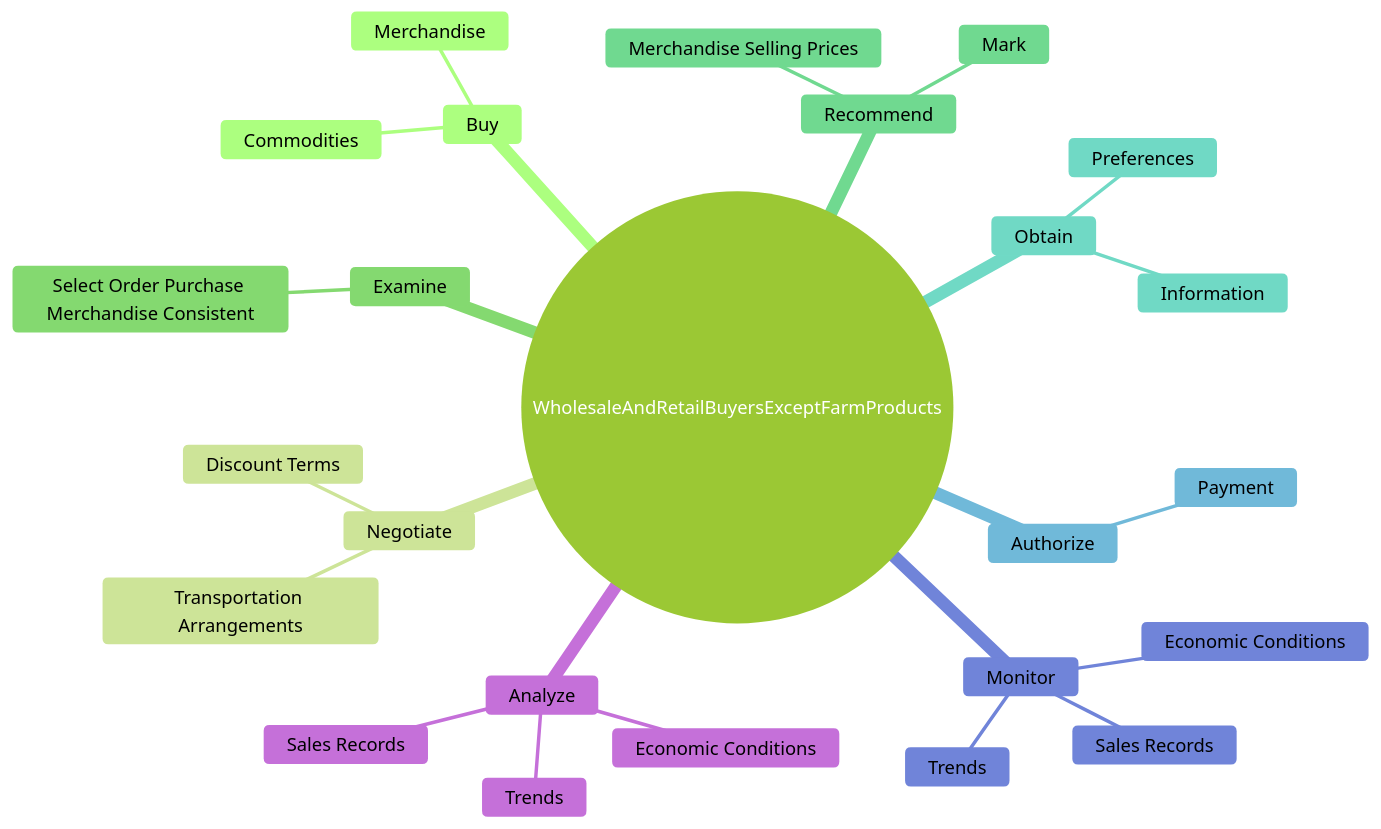
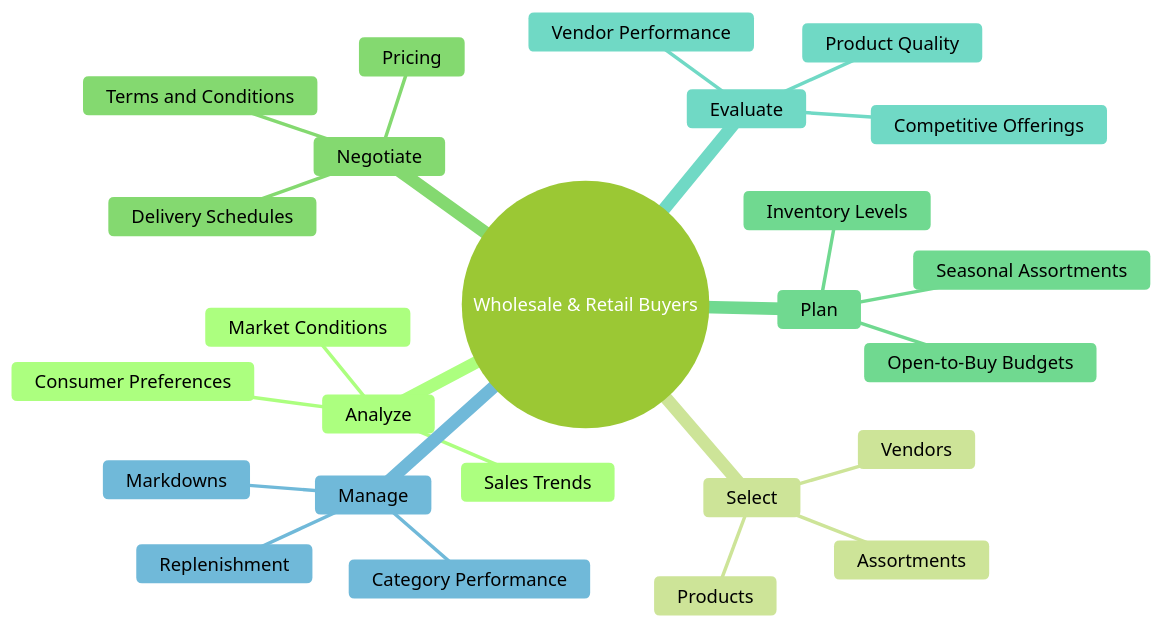
One commit to kziemski/business.org.ai changed the second of 4 diagrams in occupations/Business/WholesaleAndRetailBuyersExceptFarmProducts.mdx. Above: the diagram before and after it, drawn with Mermaid (forest theme). The commit also changed other lines of this file and 938 other files, not shown here.

````diff
--- a/occupations/Business/WholesaleAndRetailBuyersExceptFarmProducts.mdx
+++ b/occupations/Business/WholesaleAndRetailBuyersExceptFarmProducts.mdx
@@ -37,28 +48,28 @@
 ```mermaid
 mindmap
-    root(("WholesaleAndRetailBuyersExceptFarmProducts"))
-        Buy
-            Merchandise
-            Commodities
+    root(("Wholesale & Retail Buyers"))
+        Analyze
+            Sales Trends
+            Market Conditions
+            Consumer Preferences
+        Select
+            Products
+            Vendors
+            Assortments
         Negotiate
-            Discount Terms
-            Transportation Arrangements
-        Examine
-            Select Order Purchase Merchandise Consistent
-        Recommend
-            Mark
-            Merchandise Selling Prices
-        Obtain
-            Information
-            Preferences
-        Authorize
-            Payment
-        Monitor
-            Sales Records
-            Trends
-            Economic Conditions
-        Analyze
-            Sales Records
-            Trends
-            Economic Conditions
+            Pricing
+            Terms and Conditions
+            Delivery Schedules
+        Plan
+            Open-to-Buy Budgets
+            Inventory Levels
+            Seasonal Assortments
+        Evaluate
+            Product Quality
+            Vendor Performance
+            Competitive Offerings
+        Manage
+            Markdowns
+            Replenishment
+            Category Performance
 ```
````
